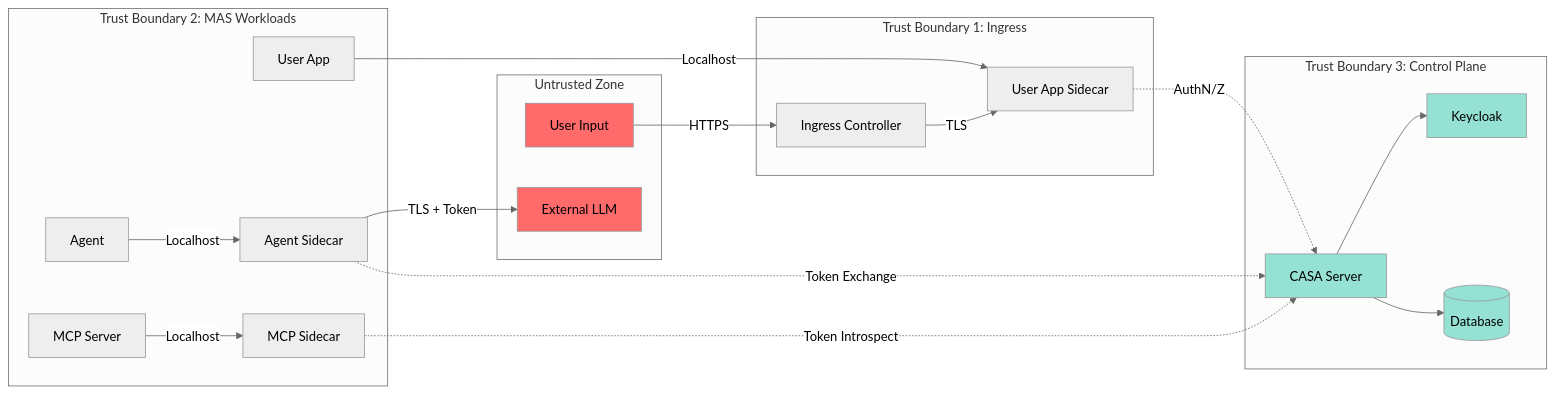
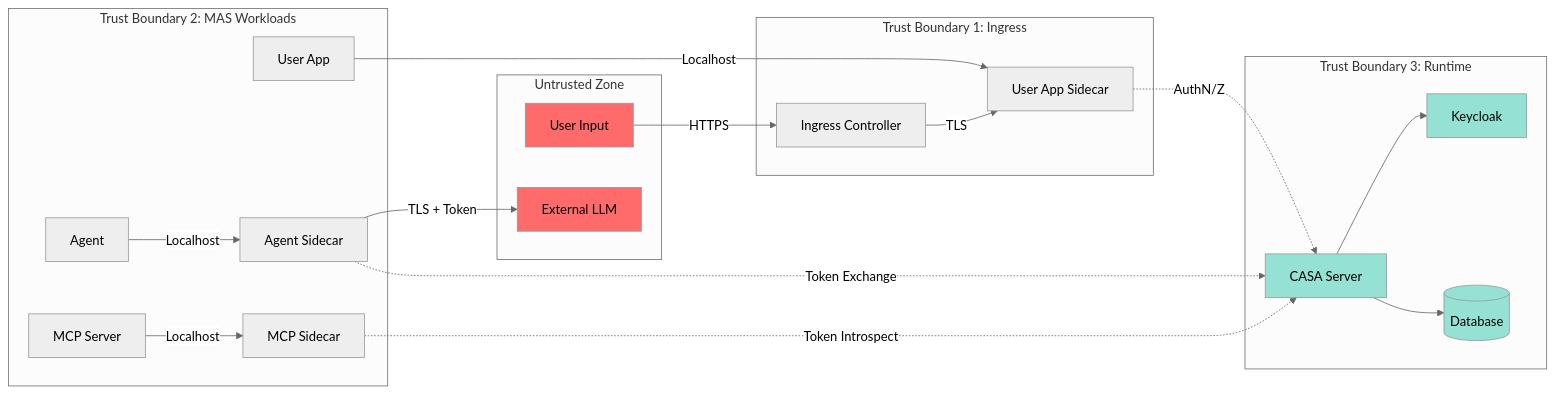
One commit to outshift-open/CASA changed the second of 16 diagrams in docs/dev/specs/SPECS.md. Above: the diagram before and after it, drawn with Mermaid (neutral theme). The commit also changed other lines of this file and 95 other files, not shown here.

````diff
--- a/docs/dev/specs/SPECS.md
+++ b/docs/dev/specs/SPECS.md
@@ -149,47 +149,47 @@
 ```mermaid
 graph LR
     subgraph "Untrusted Zone"
         U[User Input]
         LLM[External LLM]
     end
 
     subgraph "Trust Boundary 1: Ingress"
         ING[Ingress Controller]
         UAS[User App Sidecar]
     end
 
     subgraph "Trust Boundary 2: MAS Workloads"
         UA[User App]
         AG[Agent]
         AGS[Agent Sidecar]
         MCP[MCP Server]
         MCPS[MCP Sidecar]
     end
 
-    subgraph "Trust Boundary 3: Control Plane"
+    subgraph "Trust Boundary 3: Runtime"
         CASA[CASA Server]
         KC[Keycloak]
         PG[(Database)]
     end
 
     U -->|HTTPS| ING
     ING -->|TLS| UAS
     UAS -.->|AuthN/Z| CASA
     UA -->|Localhost| UAS
 
     AGS -->|TLS + Token| LLM
     AGS -.->|Token Exchange| CASA
 
     AG -->|Localhost| AGS
     MCP -->|Localhost| MCPS
 
     MCPS -.->|Token Introspect| CASA
     CASA --> KC
     CASA --> PG
 
     style U fill:#ff6b6b
     style LLM fill:#ff6b6b
     style CASA fill:#95e1d3
     style KC fill:#95e1d3
     style PG fill:#95e1d3
 ```
````
